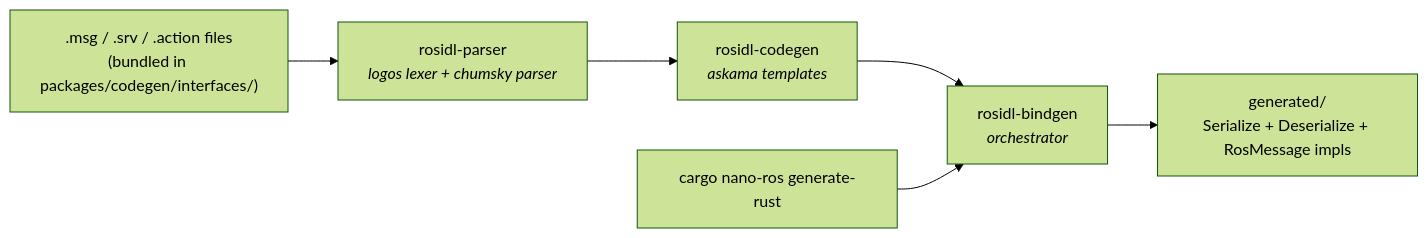
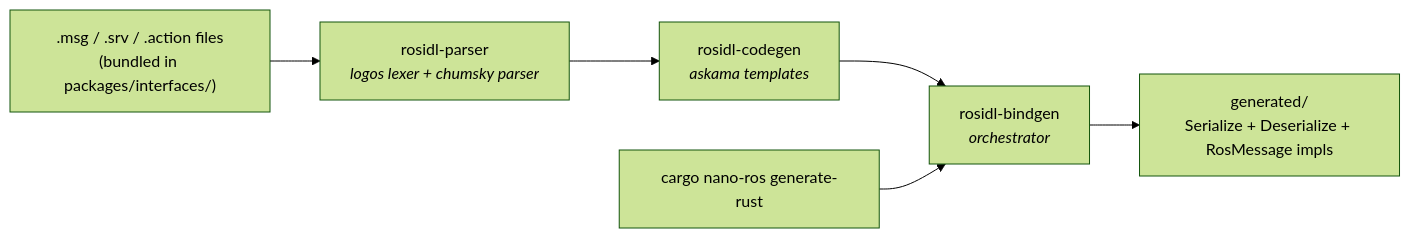
One commit to NEWSLabNTU/nano-ros changed the ninth of 14 diagrams in docs/design/0001-architecture-overview.md. Above: the diagram before and after it, drawn with Mermaid (forest theme). The commit also changed other lines of this file and 5 other files, not shown here.

````diff
--- a/docs/design/0001-architecture-overview.md
+++ b/docs/design/0001-architecture-overview.md
@@ -495,12 +536,12 @@
 ```mermaid
 graph LR
-    MSG[".msg / .srv / .action files<br/>(bundled in packages/codegen/interfaces/)"]
+    MSG[".msg / .srv / .action files<br/>(bundled in packages/interfaces/)"]
     PARSER["rosidl-parser<br/><i>logos lexer + chumsky parser</i>"]
     CODEGEN["rosidl-codegen<br/><i>askama templates</i>"]
     BINDGEN["rosidl-bindgen<br/><i>orchestrator</i>"]
     CLI["cargo nano-ros generate-rust"]
     OUTPUT["generated/<br/>Serialize + Deserialize + RosMessage impls"]
 
     MSG --> PARSER --> CODEGEN --> BINDGEN
     CLI --> BINDGEN --> OUTPUT
 ```
````
